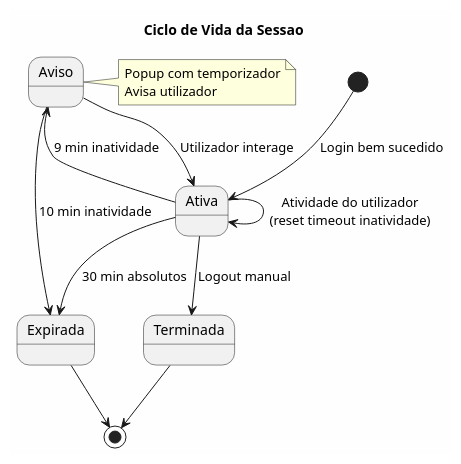
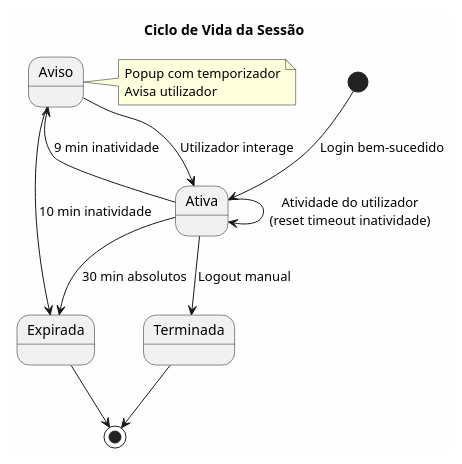
The fourth of 5 diagrams in current/sections/SEC-07-autenticacao-autorizacao.md (beduardo/novobanco_website_doc), drawn with PlantUML before and after one commit. The commit also changed other lines of this file and 182 other files, not shown here.

````diff
--- a/current/sections/SEC-07-autenticacao-autorizacao.md
+++ b/current/sections/SEC-07-autenticacao-autorizacao.md
@@ -159,24 +159,24 @@
 ```plantuml
 @startuml
 skinparam backgroundColor #FEFEFE
 
-title Ciclo de Vida da Sessao
+title Ciclo de Vida da Sessão
 
-[*] --> Ativa : Login bem sucedido
+[*] --> Ativa : Login bem-sucedido
 
 Ativa --> Ativa : Atividade do utilizador\n(reset timeout inatividade)
 Ativa --> Aviso : 9 min inatividade
 Aviso --> Ativa : Utilizador interage
 Aviso --> Expirada : 10 min inatividade
 Ativa --> Expirada : 30 min absolutos
 Ativa --> Terminada : Logout manual
 Expirada --> [*]
 Terminada --> [*]
 
 note right of Aviso
     Popup com temporizador
     Avisa utilizador
 end note
 
 @enduml
 ```
````
